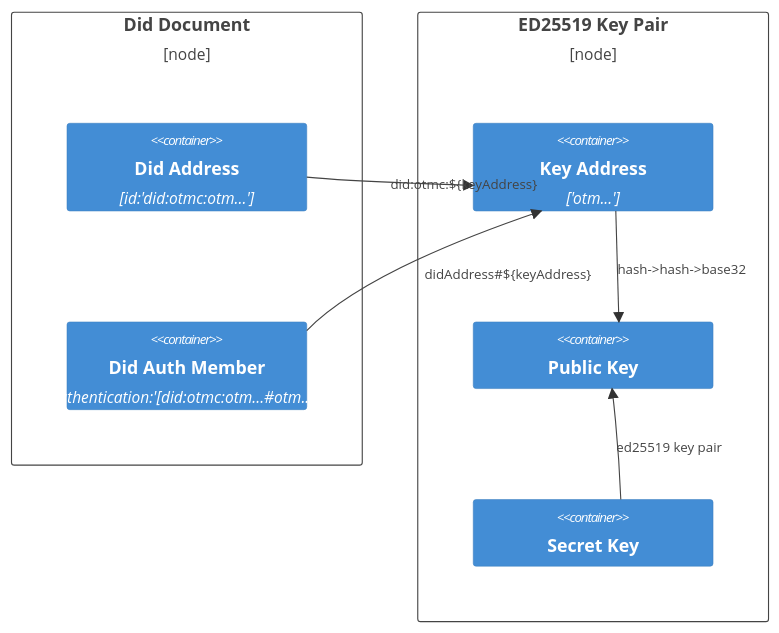
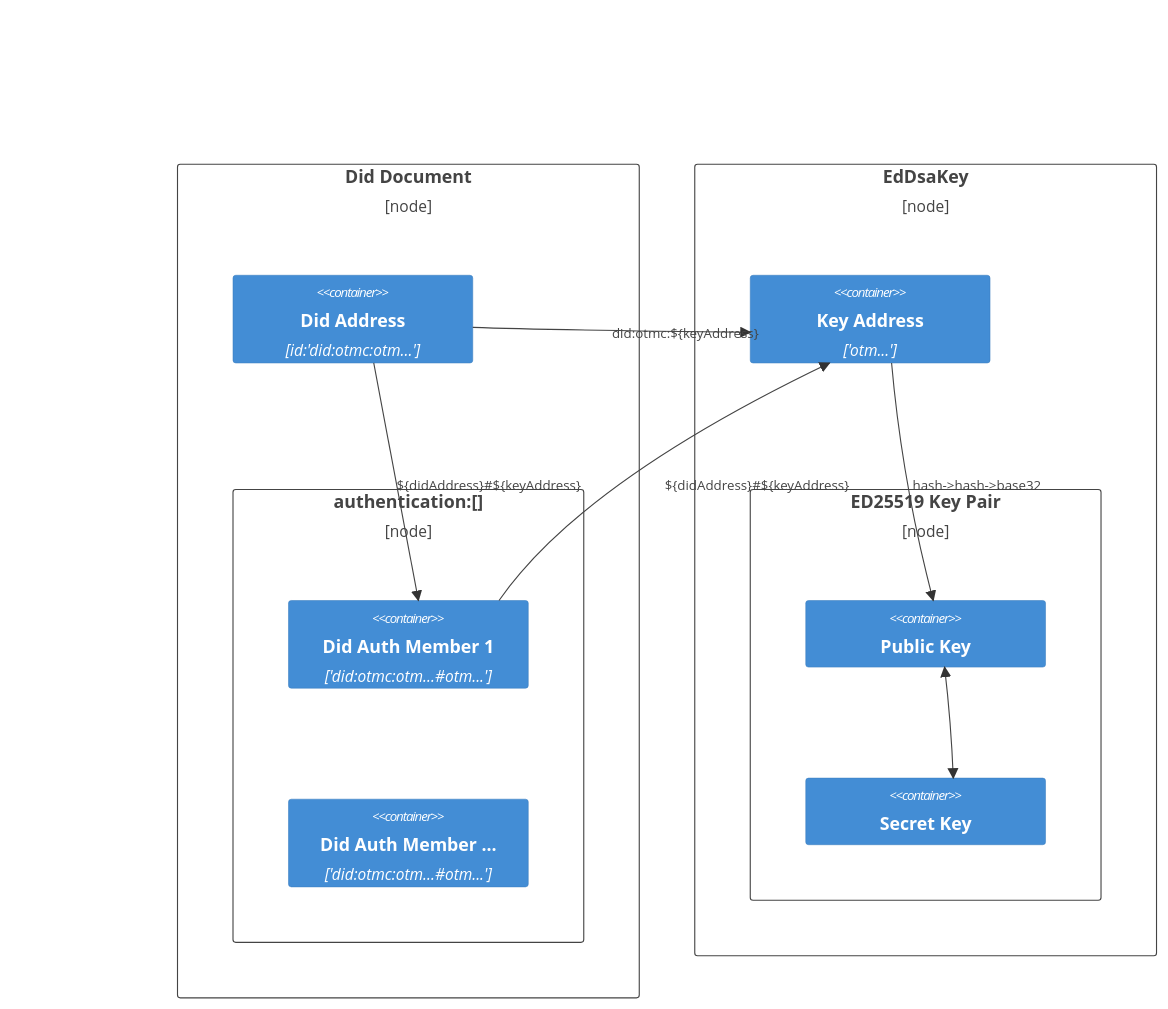
One commit to WatorVapor/otmc changed the first of 3 diagrams in otmc-package/README.md. Above: the diagram before and after it, drawn with Mermaid. The commit also changed other lines of this file, not shown here.

````diff
--- a/otmc-package/README.md
+++ b/otmc-package/README.md
@@ -6,21 +6,29 @@
 ```mermaid
 C4Deployment
     Deployment_Node(did, "Did Document") {
         Container(didAddress, "Did Address","id:'did:otmc:otm...'")
-        Container(didAuth, "Did Auth Member","authentication:'[did:otmc:otm...#otm...']'")
+        Deployment_Node(authhMembers, "authentication:[]") {
+            Container(authMember, "Did Auth Member 1","'did:otmc:otm...#otm...'")
+            Container(authMember2, "Did Auth Member ...","'did:otmc:otm...#otm...'")
+        }
+        Rel(didAddress, authMember,  "${didAddress}#${keyAddress}", "")
     }
 
-    Deployment_Node(EdDsaKey, "ED25519 Key Pair") {
+    Deployment_Node(EdDsaKey, "EdDsaKey") {
         Container(keyAddress, "Key Address","'otm...'")
-        Container(publicKey, "Public Key",)
-        Container(secretKey, "Secret Key",)
+        Deployment_Node(ED25519Key, "ED25519 Key Pair") {
+            Container(publicKey, "Public Key",)
+            Container(secretKey, "Secret Key",)
+        }
     }
     Rel(keyAddress, publicKey, "hash->hash->base32", "")
-    Rel(secretKey, publicKey, "ed25519 key pair", "")
+    BiRel(secretKey, publicKey, "", "")
 
 
     Rel(didAddress, keyAddress, "did:otmc:${keyAddress}", "")
 
-    Rel(didAuth, keyAddress, "didAddress#${keyAddress}", "")
+    Rel(authMember, keyAddress, "${didAddress}#${keyAddress}", "")
+
+    UpdateLayoutConfig($c4ShapeInRow="1", $c4BoundaryInRow="4")
 
 ```
````
